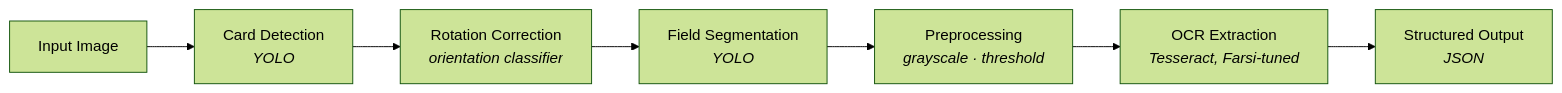
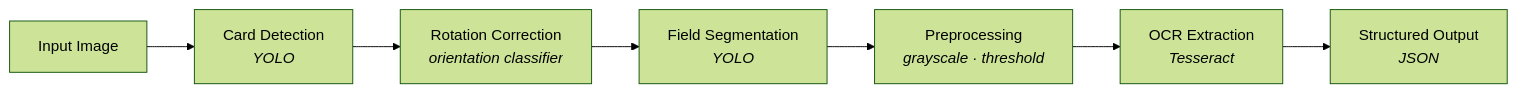
One commit to MaryamTufanpour/ocr changed the diagram in README.md. Above: the diagram before and after it, drawn with Mermaid (forest theme).

````diff
--- a/README.md
+++ b/README.md
@@ -20,9 +20,9 @@
 ```mermaid
 flowchart LR
     A[Input Image] --> B[Card Detection<br/><i>YOLO</i>]
     B --> C[Rotation Correction<br/><i>orientation classifier</i>]
     C --> D[Field Segmentation<br/><i>YOLO</i>]
     D --> E[Preprocessing<br/><i>grayscale · threshold</i>]
-    E --> F[OCR Extraction<br/><i>Tesseract, Farsi-tuned</i>]
+    E --> F[OCR Extraction<br/><i>Tesseract</i>]
     F --> G[Structured Output<br/><i>JSON</i>]
 ```
````
